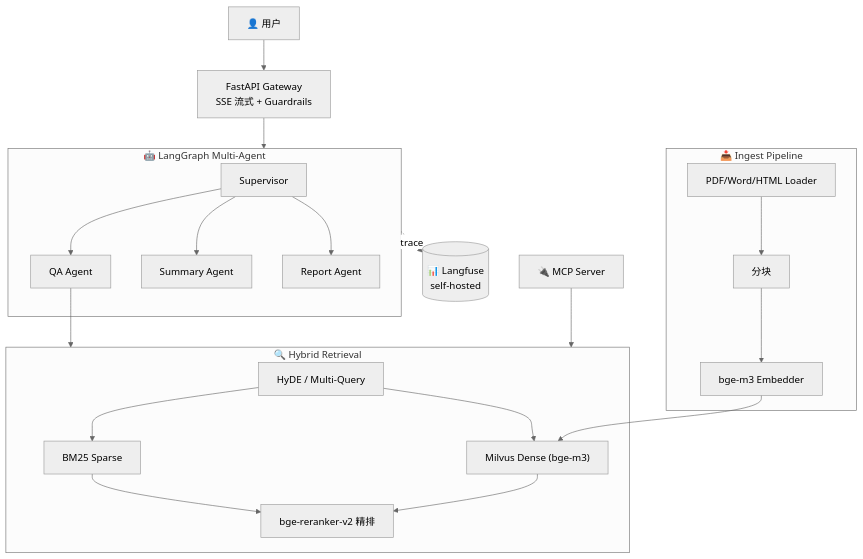
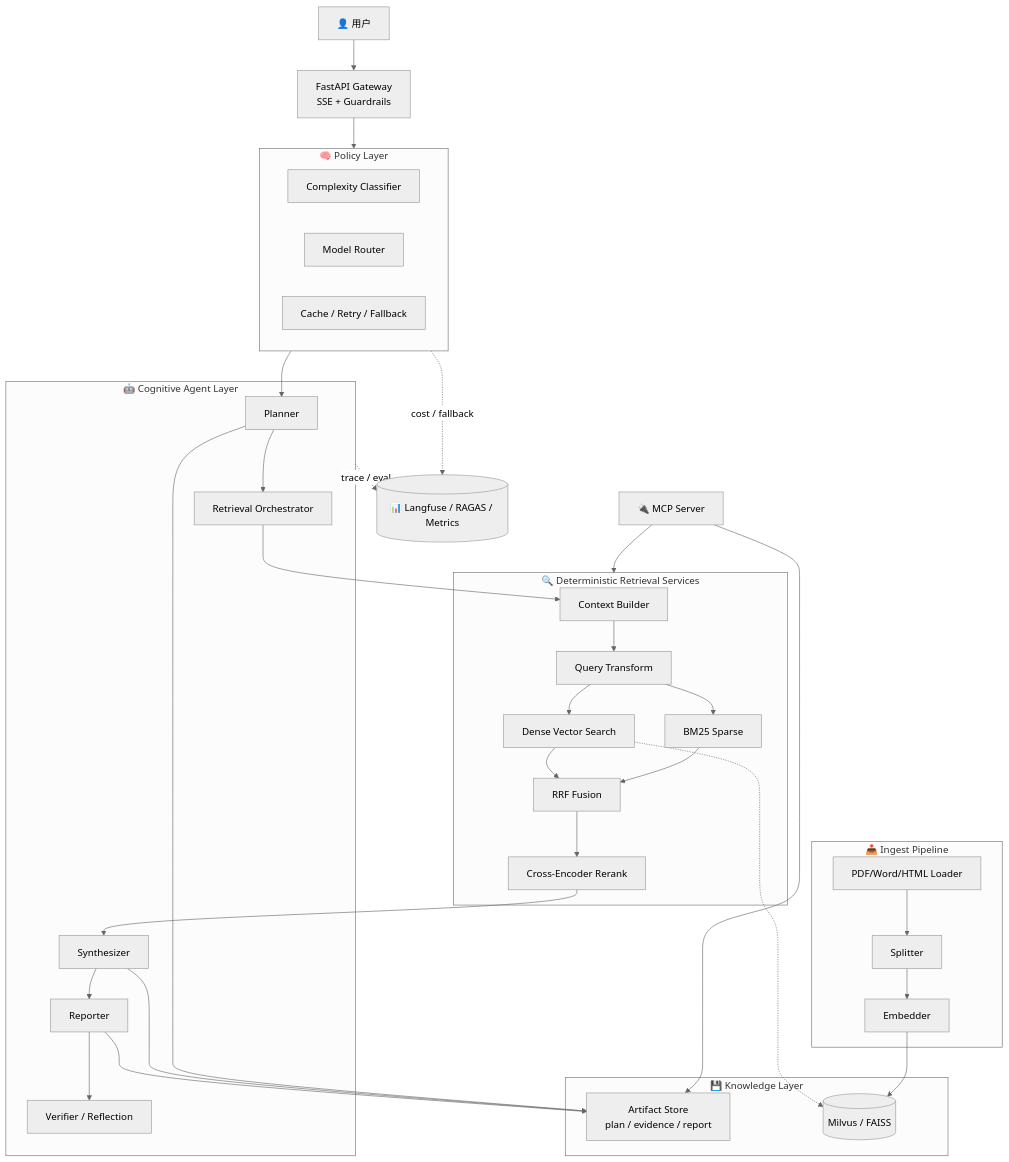
One commit to Charol369/knowledge-ops changed the diagram in README.md. Above: the diagram before and after it, drawn with Mermaid (neutral theme). The commit also changed other lines of this file and 179 other files, not shown here.

````diff
--- a/README.md
+++ b/README.md
@@ -13,38 +13,58 @@
 ```mermaid
 graph TD
     User["👤 用户"]
-    Gateway["FastAPI Gateway<br/>SSE 流式 + Guardrails"]
+    Gateway["FastAPI Gateway<br/>SSE + Guardrails"]
 
-    subgraph Agents["🤖 LangGraph Multi-Agent"]
-        Supervisor["Supervisor"]
-        QA["QA Agent"]
-        Summary["Summary Agent"]
-        Report["Report Agent"]
+    subgraph Policy["🧠 Policy Layer"]
+        Complexity["Complexity Classifier"]
+        Router["Model Router"]
+        CachePolicy["Cache / Retry / Fallback"]
     end
 
-    subgraph Retrieval["🔍 Hybrid Retrieval"]
-        QueryTransform["HyDE / Multi-Query"]
+    subgraph Agents["🤖 Cognitive Agent Layer"]
+        Planner["Planner"]
+        Orchestrator["Retrieval Orchestrator"]
+        Synthesizer["Synthesizer"]
+        Reporter["Reporter"]
+        Verifier["Verifier / Reflection"]
+    end
+
+    subgraph Retrieval["🔍 Deterministic Retrieval Services"]
+        ContextBuilder["Context Builder"]
+        QueryTransform["Query Transform"]
         BM25["BM25 Sparse"]
-        Dense["Milvus Dense (bge-m3)"]
-        Rerank["bge-reranker-v2 精排"]
+        Dense["Dense Vector Search"]
+        RRF["RRF Fusion"]
+        Rerank["Cross-Encoder Rerank"]
+    end
+
+    subgraph Knowledge["💾 Knowledge Layer"]
+        ArtifactStore["Artifact Store<br/>plan / evidence / report"]
+        VectorStore[("Milvus / FAISS")]
     end
 
     subgraph Ingest["📥 Ingest Pipeline"]
         Loader["PDF/Word/HTML Loader"]
-        Splitter["分块"]
-        Embedder["bge-m3 Embedder"]
+        Splitter["Splitter"]
+        Embedder["Embedder"]
     end
 
-    Langfuse[("📊 Langfuse<br/>self-hosted")]
+    Langfuse[("📊 Langfuse / RAGAS / Metrics")]
     MCPServer["🔌 MCP Server"]
 
-    User --> Gateway --> Agents
-    Supervisor --> QA & Summary & Report
-    QA --> Retrieval
+    User --> Gateway --> Policy --> Planner
+    Planner --> Orchestrator --> ContextBuilder --> QueryTransform
     QueryTransform --> BM25 & Dense
-    BM25 --> Rerank
-    Dense --> Rerank
-    Loader --> Splitter --> Embedder --> Dense
-    Agents -.->|trace| Langfuse
+    BM25 --> RRF
+    Dense --> RRF
+    RRF --> Rerank --> Synthesizer --> Reporter --> Verifier
+    Planner --> ArtifactStore
+    Synthesizer --> ArtifactStore
+    Reporter --> ArtifactStore
+    Loader --> Splitter --> Embedder --> VectorStore
+    Dense -.-> VectorStore
+    Agents -.->|trace / eval| Langfuse
+    Policy -.->|cost / fallback| Langfuse
     MCPServer --> Retrieval
+    MCPServer --> ArtifactStore
 ```
````
